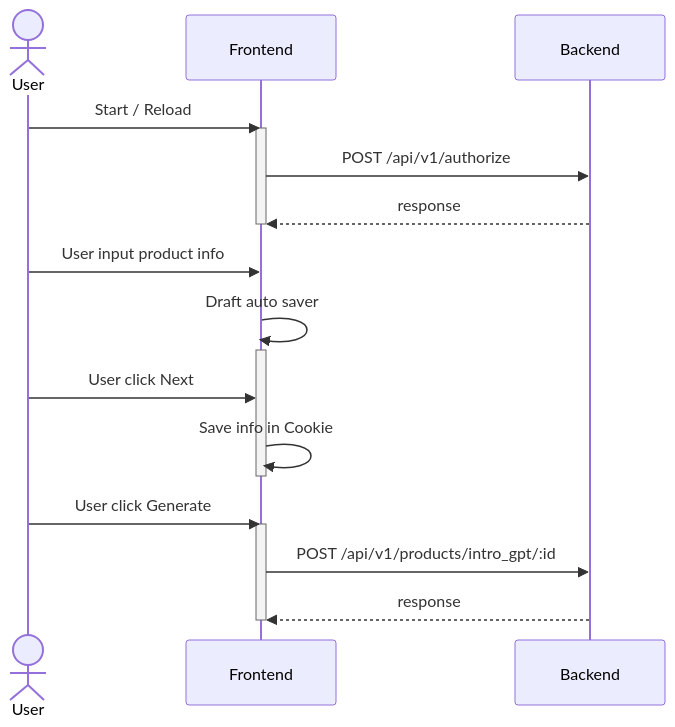
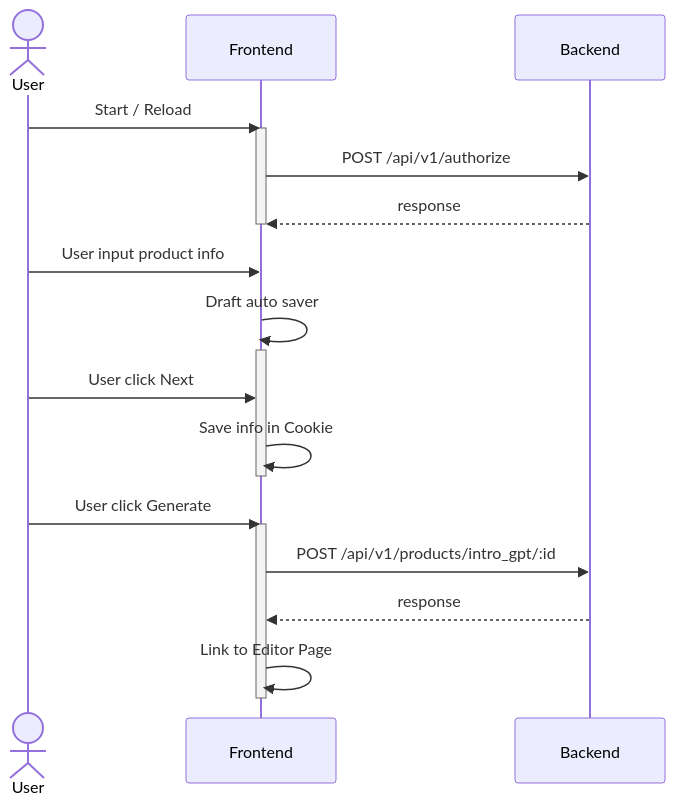
Before and after one commit to dychendavid/brainstorm-web: the second of 3 diagrams in README.md, drawn with Mermaid. The commit also changed other lines of this file, not shown here.

Commit message:
docs: add action in sequence diagram

````diff
--- a/README.md
+++ b/README.md
@@ -51,23 +62,24 @@
 ```mermaid
 sequenceDiagram
     actor U as User
     participant F as Frontend
     participant B as Backend
 
     U->>F: Start / Reload
     activate F
     F->>B: POST /api/v1/authorize
     B-->>F: response
     deactivate F
     U->>F: User input product info
     F->>F: Draft auto saver
     activate F
     U->>F: User click Next
     F->>F: Save info in Cookie
     deactivate F
     U->>F: User click Generate
     activate F
     F->>B: POST /api/v1/products/intro_gpt/:id
     B-->>F: response
+    F->>F: Link to Editor Page
     deactivate F
 ```
````
